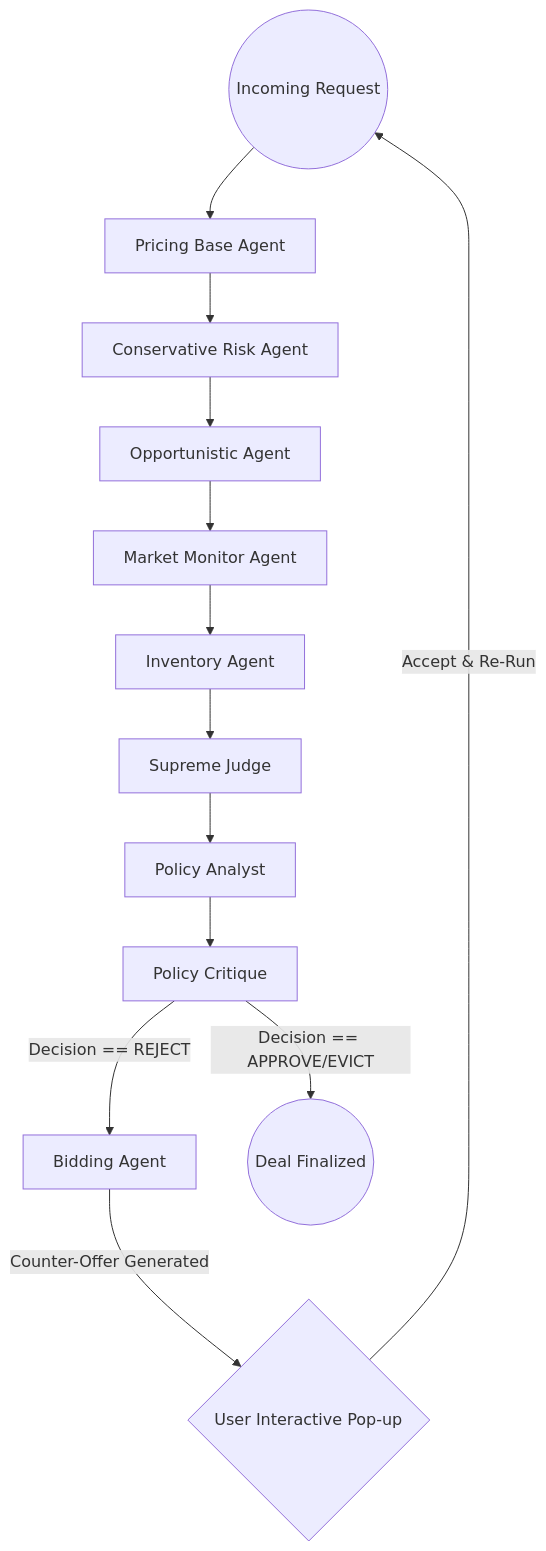
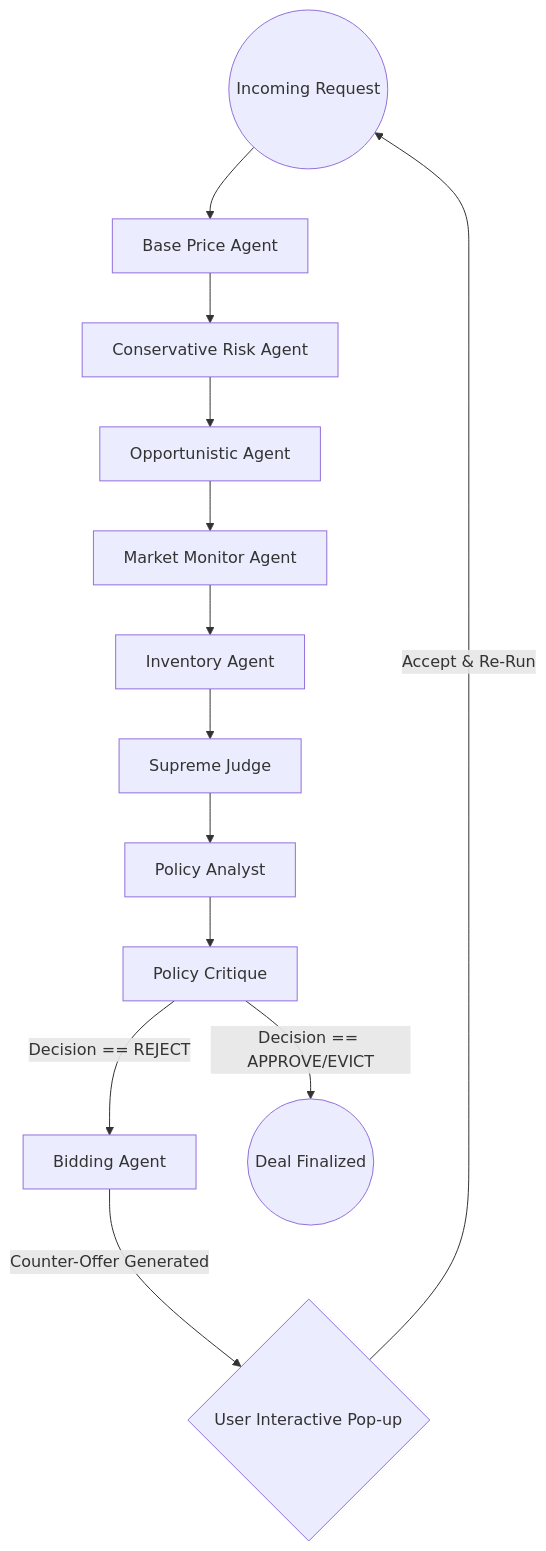
One commit to satwikm39/gpu_pricing_agent changed the diagram in Design Document.md. Above: the diagram before and after it, drawn with Mermaid. The commit also changed other lines of this file and 2 other files, not shown here.

Commit message:
Renamed pricing base agent to base price agent

````diff
--- a/Design Document.md
+++ b/Design Document.md
@@ -47,20 +47,20 @@
 ```mermaid
 graph TD
-    START((Incoming Request)) --> P[Pricing Base Agent]
+    START((Incoming Request)) --> P[Base Price Agent]
     P --> N[Conservative Risk Agent]
     N --> PO[Opportunistic Agent]
     PO --> M[Market Monitor Agent]
     M --> I[Inventory Agent]
     I --> J[Supreme Judge]
     
     %% Post-Decision Diagnostics
     J --> A[Policy Analyst]
     A --> C[Policy Critique]
     
     %% Interactive Negotiation Loop
     C -- Decision == REJECT --> B[Bidding Agent]
     B -- Counter-Offer Generated --> UI{User Interactive Pop-up}
     UI -- "Accept & Re-Run" --> START
     
     C -- Decision == APPROVE/EVICT --> END((Deal Finalized))
 ```
````
